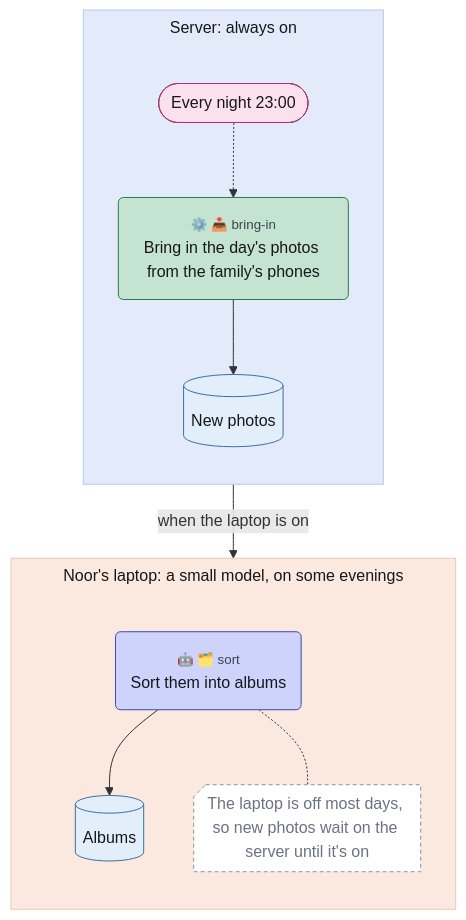
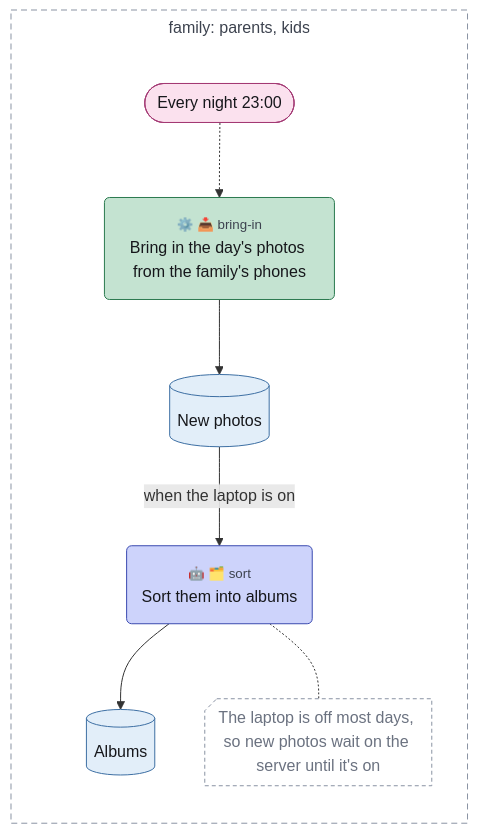
One commit to chrismdp/awml changed the diagram in examples/tour/09-platform-view.mmd. Above: the diagram before and after it, drawn with Mermaid. The commit also changed 91 other files, not shown here.

```diff
--- a/examples/tour/09-platform-view.mmd
+++ b/examples/tour/09-platform-view.mmd
@@ -1,46 +1,42 @@
 ---
 config:
   theme: default
   fontFamily: Inter, sans-serif
   flowchart:
     useMaxWidth: false
     subGraphTitleMargin:
       top: 6
       bottom: 30
 ---
 flowchart TB
-  subgraph server["Server#58; always on"]
+  subgraph family["family#58; parents#44; kids"]
     direction TB
     nightly(["Every night 23#58;00"])
     bring("<small style='color:rgb(61,67,79)'>⚙️ 📥 bring-in</small><br>Bring in the day#39;s photos from the family#39;s phones")
     new[("New photos")]
-  end
-  subgraph laptop["Noor#39;s laptop#58; a small model#44; on some evenings"]
-    direction TB
     sort("<small style='color:rgb(61,67,79)'>🤖 🗂️ sort</small><br>Sort them into albums")
     albums[("Albums")]
     wait@{ shape: notch-rect, label: "The laptop is off most days#44; so new photos wait on the server until it#39;s on" }
   end
 
   nightly -.-> bring
   bring --> new
   new -->|"when the laptop is on"| sort
   sort --> albums
   sort -.- wait
   classDef trig fill:#fbe1ee,stroke:#a33a74,color:#16171b
   classDef ctx fill:#e2eef9,stroke:#3d6fa3,color:#16171b
   classDef con fill:#eceef2,stroke:#5d6472,color:#16171b
   classDef surf fill:#ffffff,stroke:#2a2d35,stroke-width:1.5px,color:#16171b
   classDef out fill:#fde4dc,stroke:#b5532f,color:#16171b
   classDef ai fill:#cdd3fb,stroke:#3b4bb0,color:#16171b
   classDef code fill:#c4e3d1,stroke:#2b7a4f,color:#16171b
   classDef person fill:#f7d79a,stroke:#9a6100,color:#16171b
   classDef uml fill:#16171b,stroke:#16171b,color:#16171b
   classDef gap fill:#ffffff,stroke:#8a93a3,stroke-dasharray:4 3,color:#6b7280
   class nightly trig
   class new,albums ctx
   class sort ai
   class bring code
   class wait gap
-  style server fill:#e3ebfa,stroke:#b9c8e8,color:#16171b
-  style laptop fill:#fbe9df,stroke:#ecc7b2,color:#16171b
+  style family fill:transparent,stroke:#8a93a3,stroke-dasharray:6 4,color:#3d434f
```
